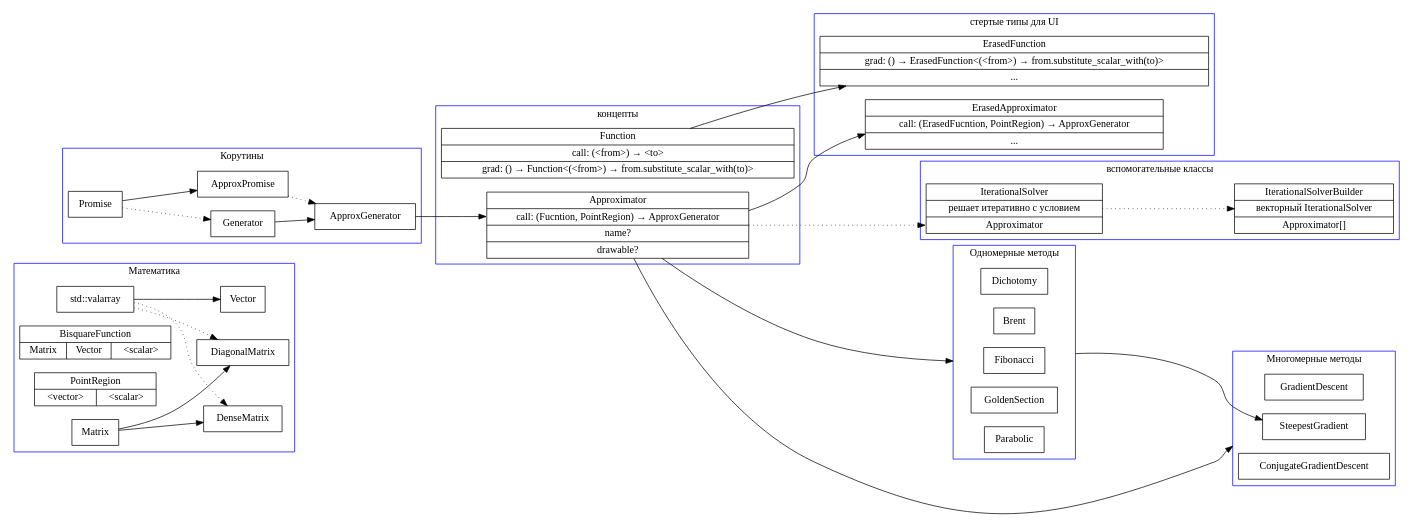
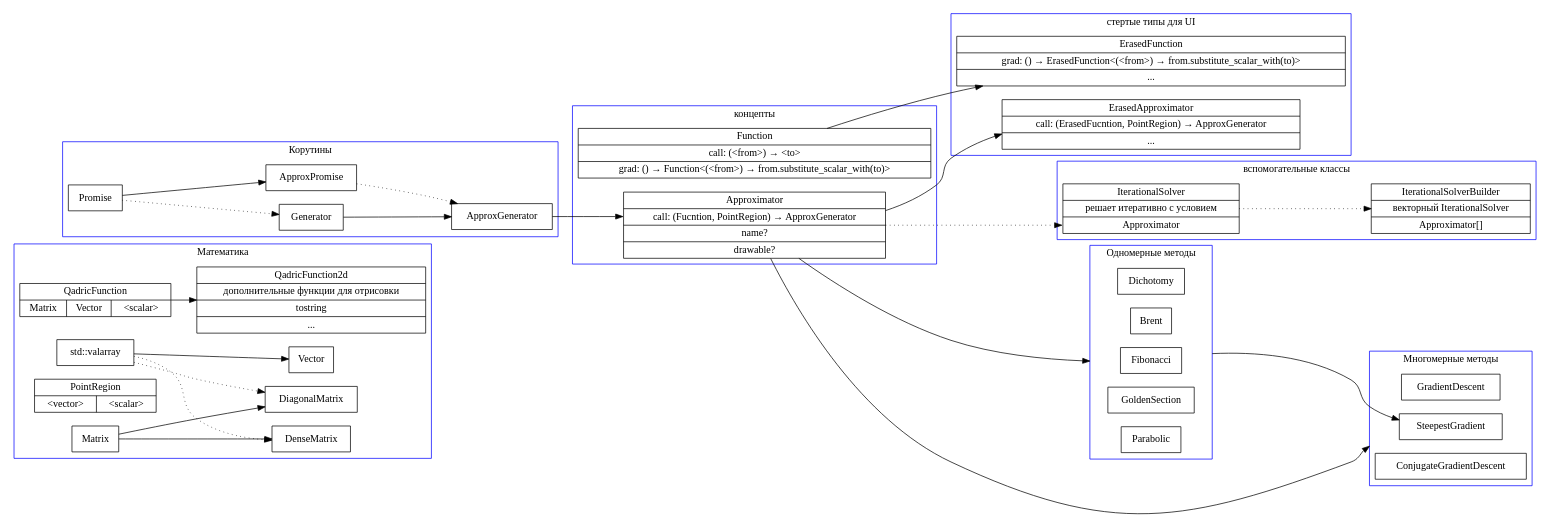
Before and after one commit to kp2pml30/optimization-methods-labs: the diagram in doc/2/project.dot, drawn with Graphviz. The commit also changed 15 other files, not shown here.

```diff
--- a/doc/2/project.dot
+++ b/doc/2/project.dot
@@ -1,74 +1,76 @@
 digraph Project {
 	node[shape=record];
 	rankdir="LR";
 	compound=true;
 	subgraph cluster_Math {
 		label = Математика;
 		color=blue;
 
 		valarray[label="std::valarray"];
 		valarray -> Vector;
 		valarray -> DenseMatrix [style="dotted"];
 		valarray -> DiagonalMatrix [style="dotted"];
-		BisquareFunction[label="BisquareFunction|{Matrix|Vector|\<scalar\>}"];
+		QuadticFunction[label="QadricFunction|{Matrix|Vector|\<scalar\>}"];
+		QuadticFunction -> QuadticFunction2d;
+		QuadticFunction2d[label="QadricFunction2d|дополнительные функции для отрисовки|tostring|..."];
 		PointRegion[label="PointRegion|{\<vector\>|\<scalar\>}"];
 		Matrix -> DenseMatrix;
 		Matrix -> DiagonalMatrix;
 	}
 	subgraph cluster_Onedim {
 		label = "Одномерные методы";
 		color=blue;
 
 		Dichotomy;
 		Brent;
 		Fibonacci;
 		GoldenSection;
 		Parabolic;
 	}
 	subgraph cluster_Multidim {
 		label = "Многомерные методы";
 		color=blue;
 
 		GradientDescent;
 		SteepestGradient;
 		ConjugateGradientDescent;
 	}
 	subgraph cluster_Coroutines {
 		label = "Корутины";
 		color=blue;
 
 		Promise -> Generator [style="dotted"];
 		Generator -> ApproxGenerator;
 		Promise -> ApproxPromise;
 		ApproxPromise -> ApproxGenerator [style="dotted"];
 	}
 	subgraph cluster_Concepts {
 		label = "концепты";
 		color=blue;
 
 		Function[label="Function|call: (\<from\>) → \<to\>|grad: () → Function\<(\<from\>) → from.substitute_scalar_with(to)\>"];
 		Approximator[label="Approximator|<f1>call: (Fucntion, PointRegion) → ApproxGenerator|name?|drawable?"]
 	}
 	ApproxGenerator -> Approximator:f1;
 	Fibonacci -> SteepestGradient [ltail=cluster_Onedim];
 	Approximator -> Fibonacci [lhead=cluster_Onedim];
 	Approximator -> SteepestGradient [lhead=cluster_Multidim];
 	subgraph cluster_Helpers {
 		label = "вспомогательные классы";
 		color=blue;
 
 		IterationalSolver[label="IterationalSolver|решает итеративно с условием|<f1>Approximator"];
 		IterationalSolverBuilder[label="IterationalSolverBuilder|векторный IterationalSolver|Approximator[]"];
 		IterationalSolver -> IterationalSolverBuilder [style="dotted"];
 	}
 	Approximator -> IterationalSolver:f1 [style="dotted"];
 	subgraph cluster_Erased {
 		label = "стертые типы для UI";
 		color=blue;
 
 		Function -> ErasedFunction;
 		ErasedFunction[label="ErasedFunction|grad: () → ErasedFunction\<(\<from\>) → from.substitute_scalar_with(to)\>|..."];
 		Approximator -> ErasedApproximator;
 		ErasedApproximator[label="ErasedApproximator|call: (ErasedFucntion, PointRegion) → ApproxGenerator|..."]
 	}
 }
```
